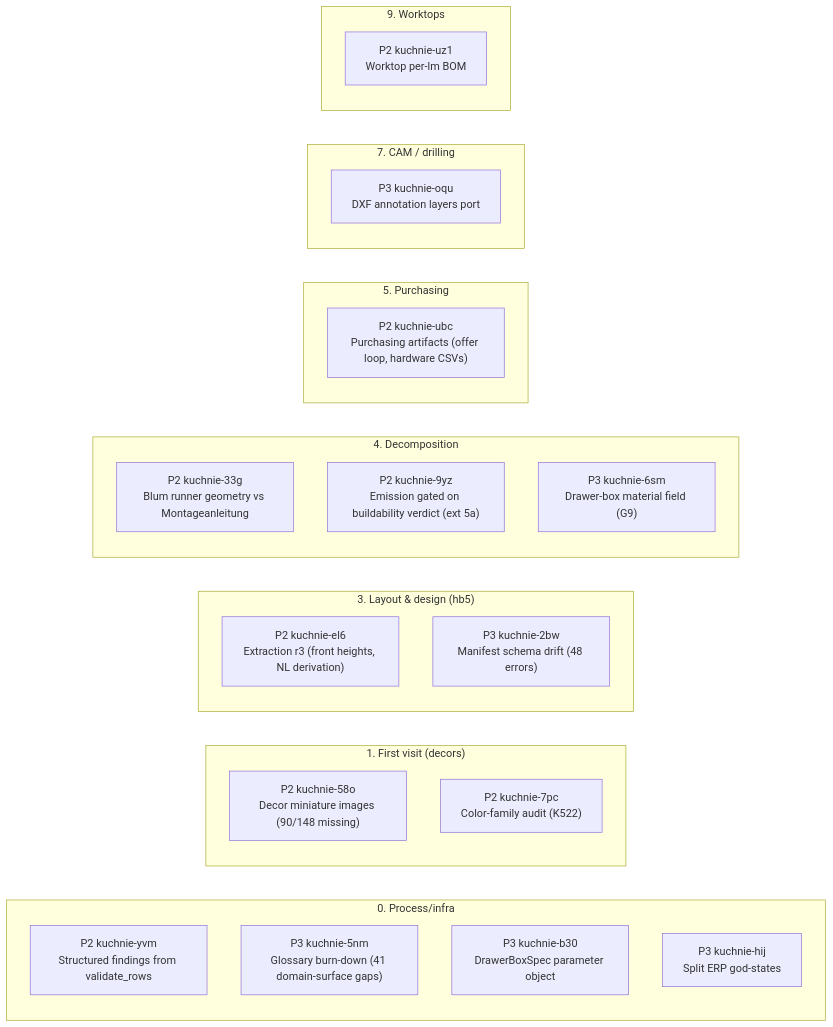
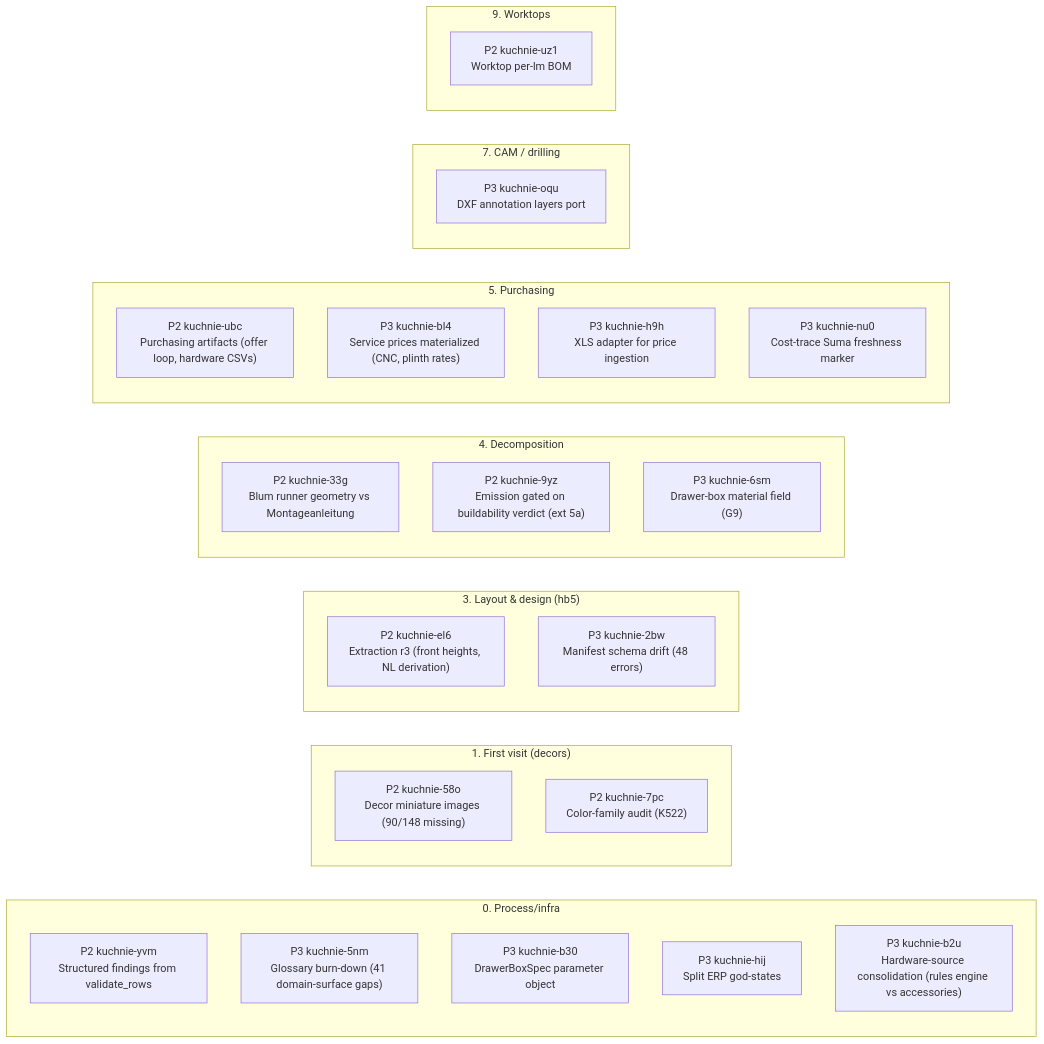
One commit to m1981/kuchnie changed the first of 2 diagrams in STATUS.md. Above: the diagram before and after it, drawn with Mermaid. The commit also changed other lines of this file and 1 other file, not shown here.

First line of the commit message:
docs: map 4 open bd issues into roadmap-map.csv (hardware seam, service prices, XLS adapter, Suma marker); STATUS regenerated — unmapped warning cleared

````diff
--- a/STATUS.md
+++ b/STATUS.md
@@ -113,31 +113,35 @@
 ```mermaid
 flowchart LR
     subgraph s0 ["0. Process/infra"]
         kuchnie_yvm["P2 kuchnie-yvm<br/>Structured findings from validate_rows"]
         kuchnie_5nm["P3 kuchnie-5nm<br/>Glossary burn-down (41 domain-surface gaps)"]
         kuchnie_b30["P3 kuchnie-b30<br/>DrawerBoxSpec parameter object"]
         kuchnie_hij["P3 kuchnie-hij<br/>Split ERP god-states"]
+        kuchnie_b2u["P3 kuchnie-b2u<br/>Hardware-source consolidation (rules engine vs accessories)"]
     end
     subgraph s1 ["1. First visit (decors)"]
         kuchnie_58o["P2 kuchnie-58o<br/>Decor miniature images (90/148 missing)"]
         kuchnie_7pc["P2 kuchnie-7pc<br/>Color-family audit (K522)"]
     end
     subgraph s3 ["3. Layout & design (hb5)"]
         kuchnie_el6["P2 kuchnie-el6<br/>Extraction r3 (front heights, NL derivation)"]
         kuchnie_2bw["P3 kuchnie-2bw<br/>Manifest schema drift (48 errors)"]
     end
     subgraph s4 ["4. Decomposition"]
         kuchnie_33g["P2 kuchnie-33g<br/>Blum runner geometry vs Montageanleitung"]
         kuchnie_9yz["P2 kuchnie-9yz<br/>Emission gated on buildability verdict (ext 5a)"]
         kuchnie_6sm["P3 kuchnie-6sm<br/>Drawer-box material field (G9)"]
     end
     subgraph s5 ["5. Purchasing"]
         kuchnie_ubc["P2 kuchnie-ubc<br/>Purchasing artifacts (offer loop, hardware CSVs)"]
+        kuchnie_bl4["P3 kuchnie-bl4<br/>Service prices materialized (CNC, plinth rates)"]
+        kuchnie_h9h["P3 kuchnie-h9h<br/>XLS adapter for price ingestion"]
+        kuchnie_nu0["P3 kuchnie-nu0<br/>Cost-trace Suma freshness marker"]
     end
     subgraph s7 ["7. CAM / drilling"]
         kuchnie_oqu["P3 kuchnie-oqu<br/>DXF annotation layers port"]
     end
     subgraph s9 ["9. Worktops"]
         kuchnie_uz1["P2 kuchnie-uz1<br/>Worktop per-lm BOM"]
     end
 ```
````
